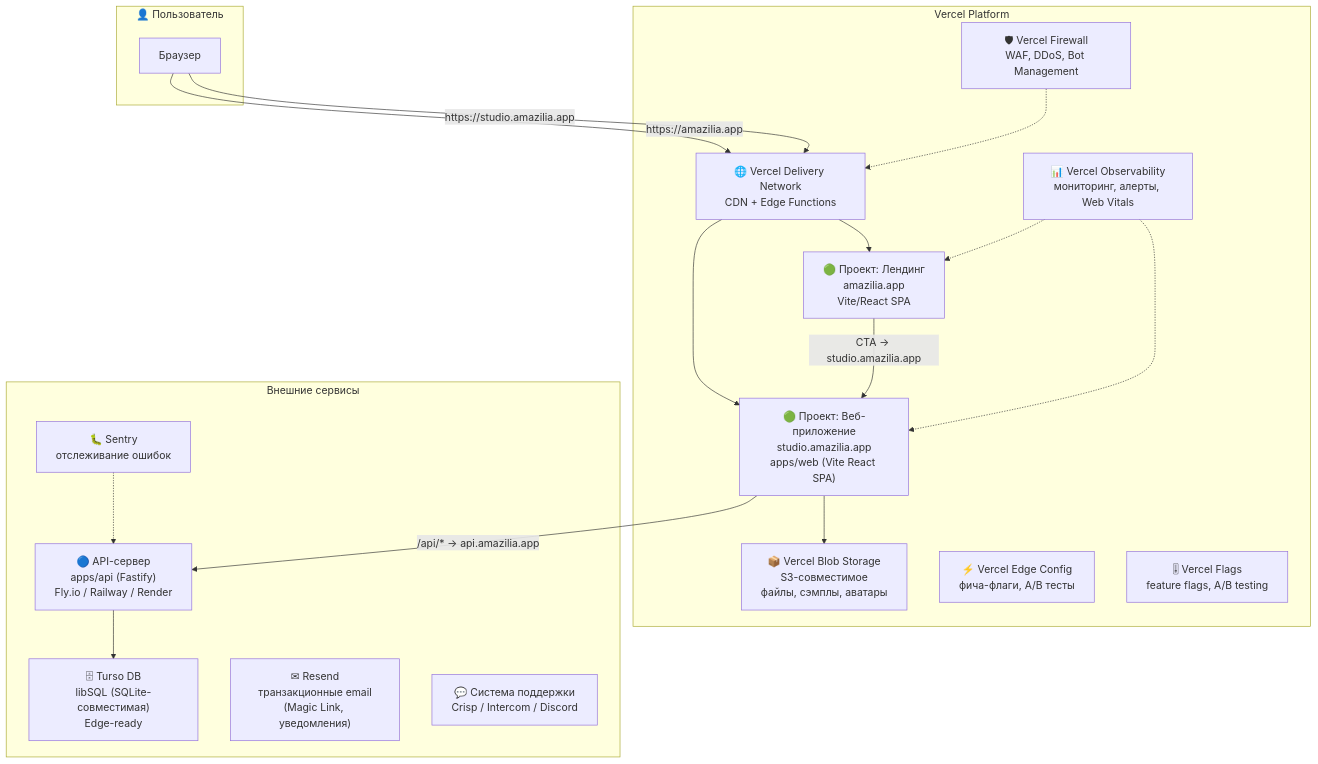
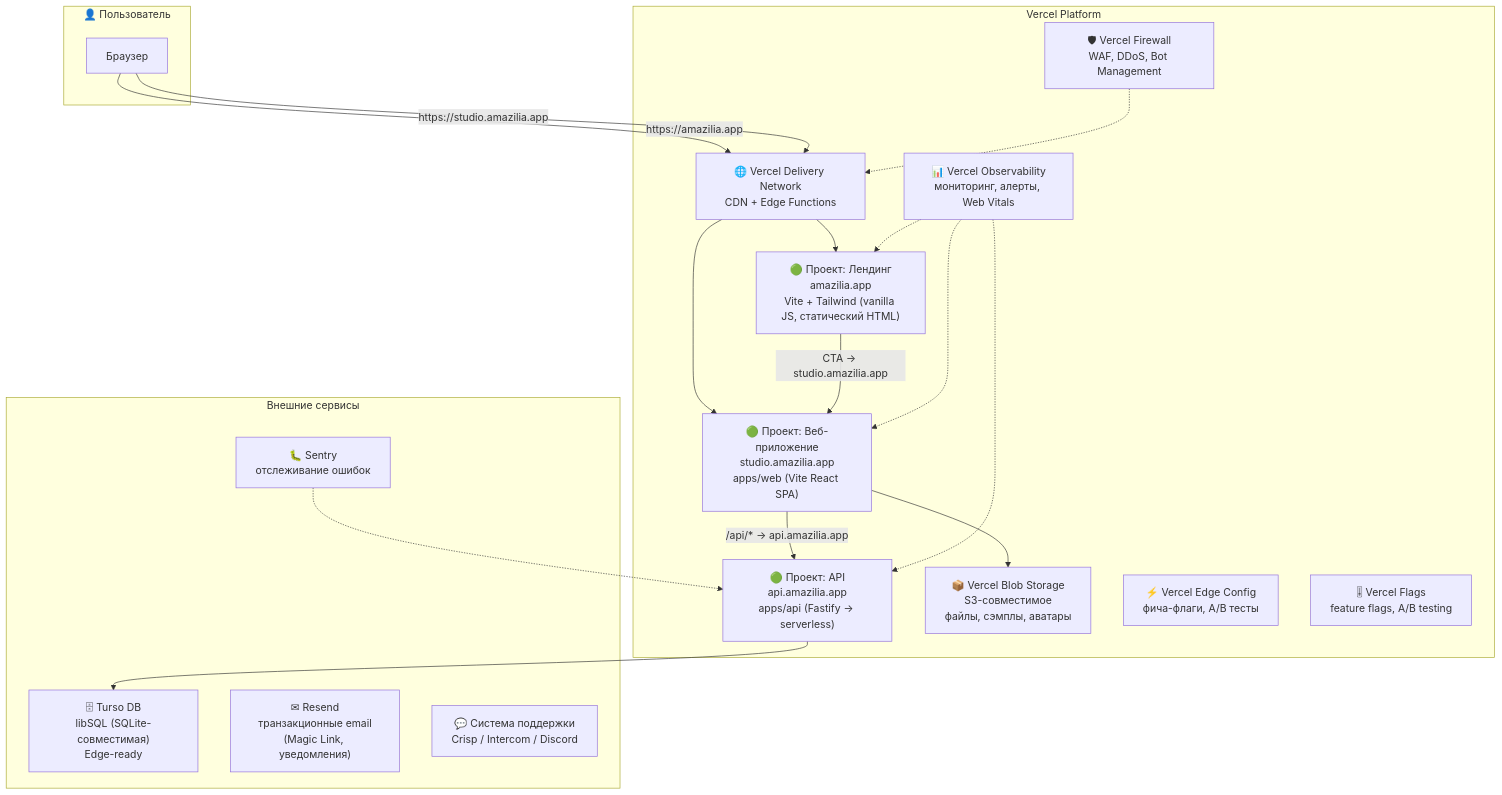
Before and after one commit to vadagama/jazz-trainer: the first of 2 diagrams in docs/DEPLOYMENT.md, drawn with Mermaid. The commit also changed other lines of this file and 98 other files, not shown here.

````diff
--- a/docs/DEPLOYMENT.md
+++ b/docs/DEPLOYMENT.md
@@ -18,38 +7,39 @@
 ```mermaid
 graph TD
     subgraph user["👤 Пользователь"]
         U["Браузер"]
     end
 
     subgraph vercel["Vercel Platform"]
-        VERCEL_LANDING["🟢 Проект: Лендинг<br/>amazilia.app<br/>Vite/React SPA"]
+        VERCEL_LANDING["🟢 Проект: Лендинг<br/>amazilia.app<br/>Vite + Tailwind (vanilla JS, статический HTML)"]
         VERCEL_STUDIO["🟢 Проект: Веб-приложение<br/>studio.amazilia.app<br/>apps/web (Vite React SPA)"]
+        VERCEL_API["🟢 Проект: API<br/>api.amazilia.app<br/>apps/api (Fastify → serverless)"]
         VERCEL_BLOB["📦 Vercel Blob Storage<br/>S3-совместимое<br/>файлы, сэмплы, аватары"]
         VERCEL_EDGE["⚡ Vercel Edge Config<br/>фича-флаги, A/B тесты"]
         VERCEL_CDN["🌐 Vercel Delivery Network<br/>CDN + Edge Functions"]
         VERCEL_FW["🛡 Vercel Firewall<br/>WAF, DDoS, Bot Management"]
         VERCEL_OBS["📊 Vercel Observability<br/>мониторинг, алерты, Web Vitals"]
         VERCEL_FLAGS["🎚 Vercel Flags<br/>feature flags, A/B testing"]
     end
 
     subgraph external["Внешние сервисы"]
-        API["🔵 API-сервер<br/>apps/api (Fastify)<br/>Fly.io / Railway / Render"]
         TURSO["🗄 Turso DB<br/>libSQL (SQLite-совместимая)<br/>Edge-ready"]
         RESEND["✉ Resend<br/>транзакционные email<br/>(Magic Link, уведомления)"]
         SENTRY["🐛 Sentry<br/>отслеживание ошибок"]
         SUPPORT["💬 Система поддержки<br/>Crisp / Intercom / Discord"]
     end
 
     U -->|"https://amazilia.app"| VERCEL_CDN
     VERCEL_CDN --> VERCEL_LANDING
     U -->|"https://studio.amazilia.app"| VERCEL_CDN
     VERCEL_CDN --> VERCEL_STUDIO
-    VERCEL_STUDIO -->|"/api/* → api.amazilia.app"| API
-    API --> TURSO
+    VERCEL_STUDIO -->|"/api/* → api.amazilia.app"| VERCEL_API
+    VERCEL_API --> TURSO
     VERCEL_STUDIO --> VERCEL_BLOB
     VERCEL_LANDING -->|"CTA → studio.amazilia.app"| VERCEL_STUDIO
     VERCEL_OBS -.-> VERCEL_STUDIO
     VERCEL_OBS -.-> VERCEL_LANDING
+    VERCEL_OBS -.-> VERCEL_API
     VERCEL_FW -.-> VERCEL_CDN
-    SENTRY -.-> API
+    SENTRY -.-> VERCEL_API
 ```
````
